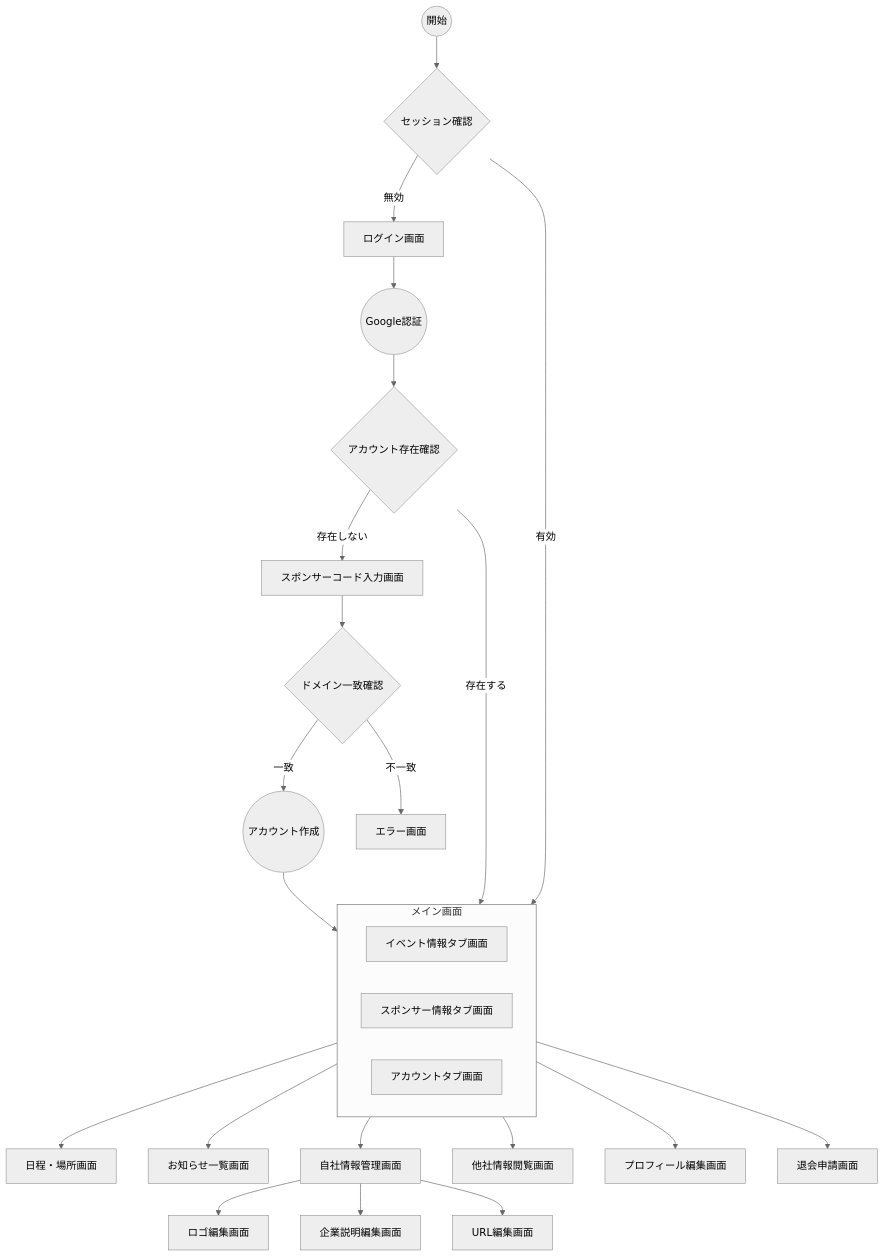
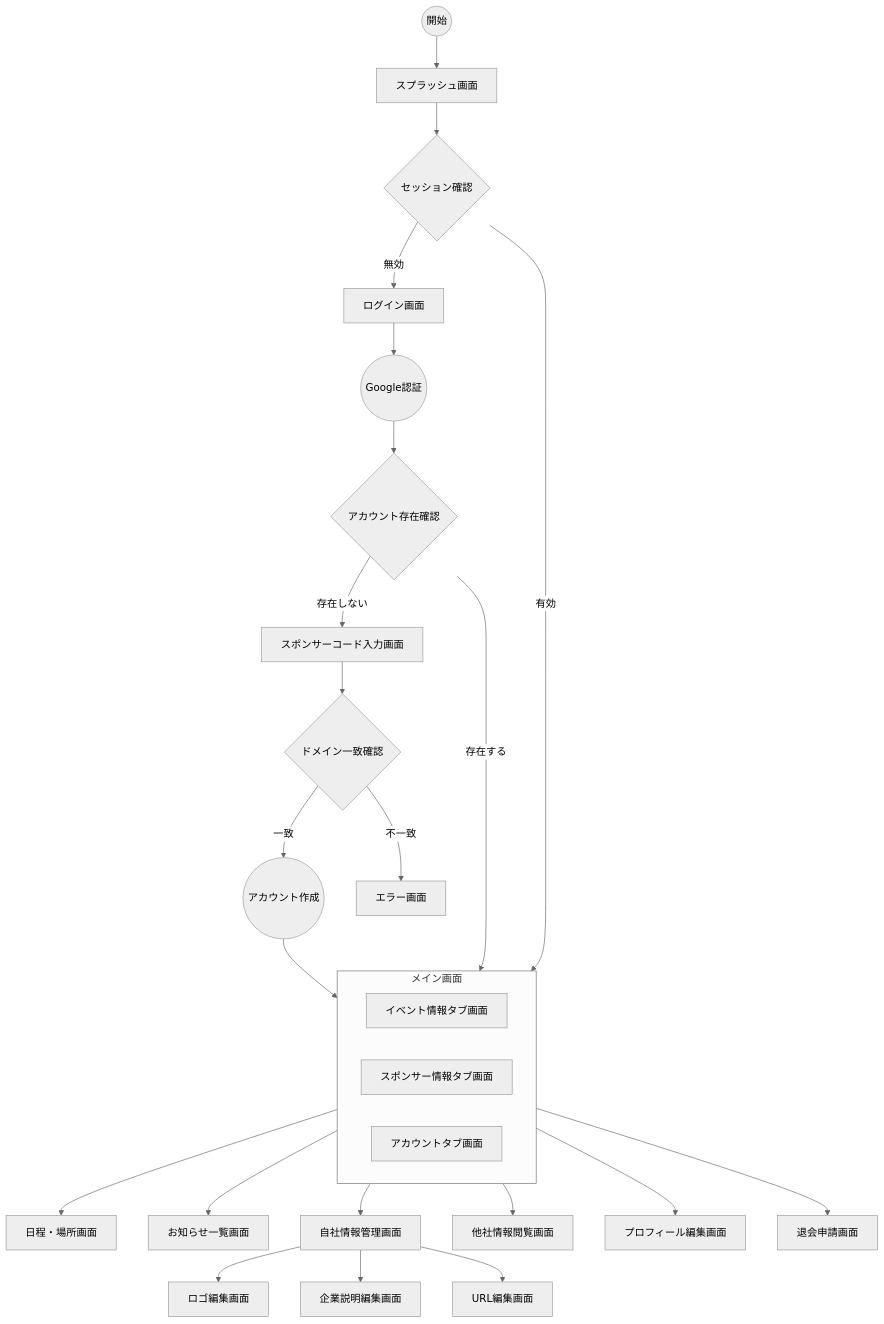
One commit to FlutterKaigi/2025 changed the diagram in docs/dashboard/SCREENS.md. Above: the diagram before and after it, drawn with Mermaid (neutral theme). The commit also changed other lines of this file, not shown here.

Commit message:
docs: スプラッシュ画面の追加と画面遷移図の更新

````diff
--- a/docs/dashboard/SCREENS.md
+++ b/docs/dashboard/SCREENS.md
@@ -54,39 +55,40 @@
 ```mermaid
 flowchart TD
-    Start((開始)) --> SessionCheck{セッション確認}
+    Start((開始)) --> Splash[スプラッシュ画面]
+    Splash --> SessionCheck{セッション確認}
     SessionCheck --> |有効| EventInfo[イベント情報タブ画面]
     SessionCheck --> |無効| Login[ログイン画面]
     
     %% 認証フロー
     Login --> GoogleAuth((Google認証))
     GoogleAuth --> AccountCheck{アカウント存在確認}
     AccountCheck --> |存在する| EventInfo[イベント情報タブ画面]
     AccountCheck --> |存在しない| SponsorCode[スポンサーコード入力画面]
     
     %% 新規登録フロー
     SponsorCode --> DomainCheck{ドメイン一致確認}
     DomainCheck --> |一致| CreateAccount((アカウント作成))
     DomainCheck --> |不一致| RegisterError[エラー画面]
     CreateAccount --> EventInfo
     
     %% メイン画面のタブ構成
     subgraph Main[メイン画面]
       direction LR
       EventInfo[イベント情報タブ画面]
       SponsorInfo[スポンサー情報タブ画面]
       Account[アカウントタブ画面]
     end
 
     EventInfo --> Schedule[日程・場所画面]
     EventInfo --> News[お知らせ一覧画面]
     
     SponsorInfo --> OwnInfo[自社情報管理画面]
     SponsorInfo --> OtherInfo[他社情報閲覧画面]
     
     OwnInfo --> LogoEdit[ロゴ編集画面]
     OwnInfo --> DescEdit[企業説明編集画面]
     OwnInfo --> URLEdit[URL編集画面]
     
     Account --> Profile[プロフィール編集画面]
     Account --> Withdrawal[退会申請画面]
 ```
````
